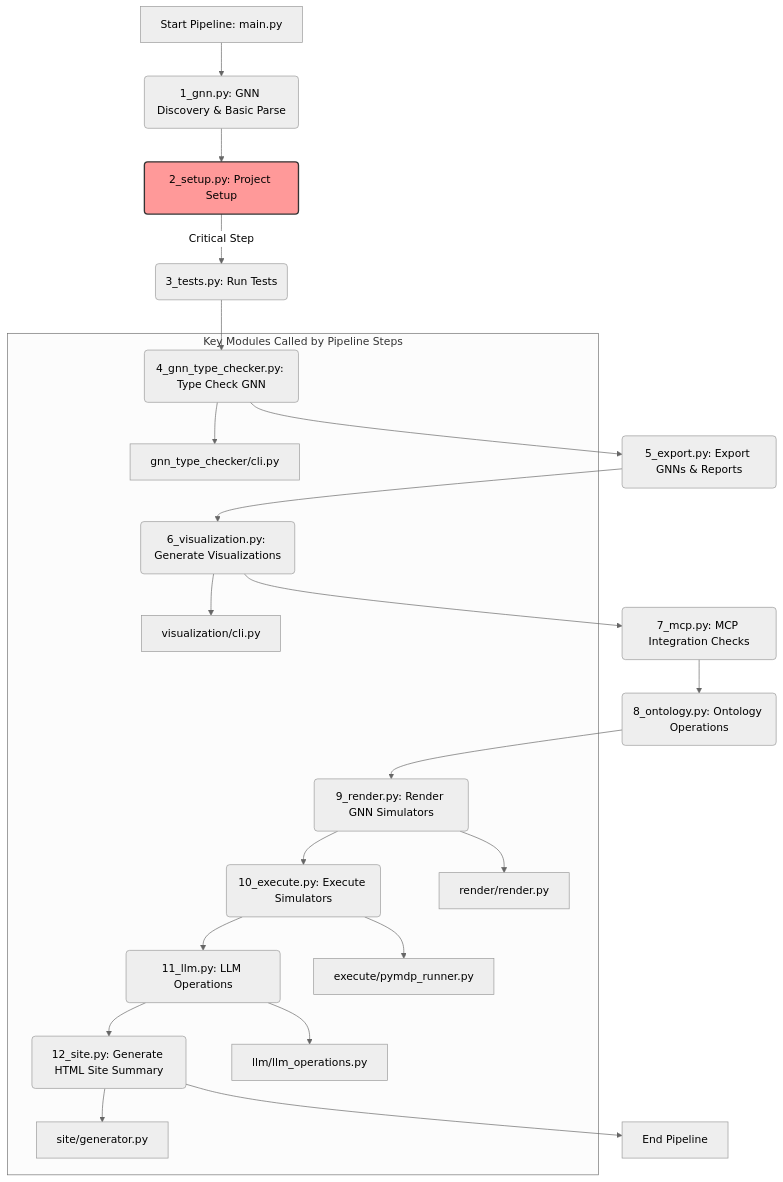
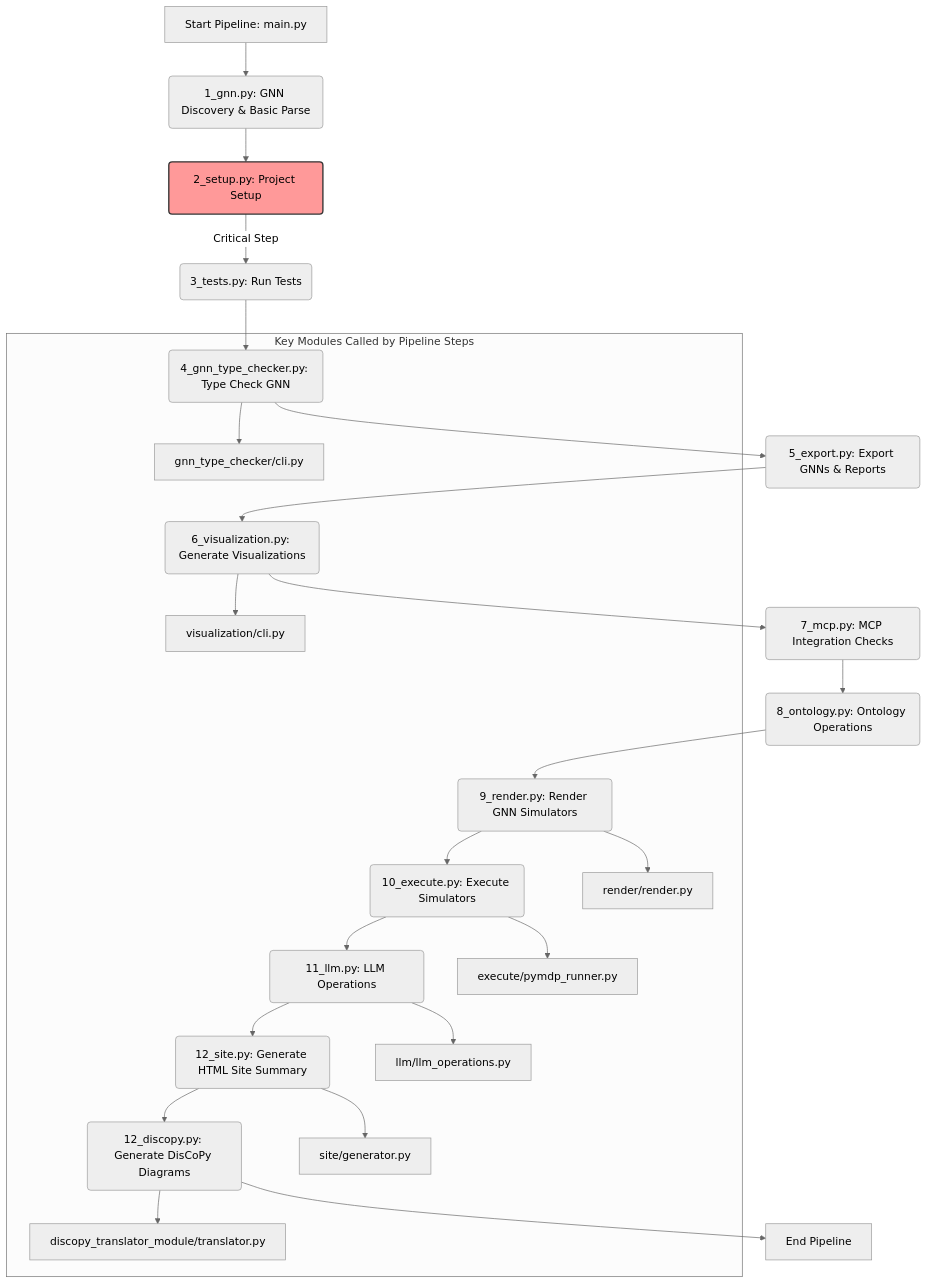
The diagram in src/README.md (ActiveInferenceInstitute/GeneralizedNotationNotation), drawn with Mermaid (neutral theme) before and after one commit. The commit also changed other lines of this file and 100 other files, not shown here.

````diff
--- a/src/README.md
+++ b/src/README.md
@@ -20,27 +20,29 @@
 ```mermaid
 graph TD
     A[Start Pipeline: main.py] --> B(1_gnn.py: GNN Discovery & Basic Parse);
     B --> C(2_setup.py: Project Setup);
     C -- Critical Step --> D(3_tests.py: Run Tests);
     D --> E(4_gnn_type_checker.py: Type Check GNN);
     E --> F(5_export.py: Export GNNs & Reports);
     F --> G(6_visualization.py: Generate Visualizations);
     G --> H(7_mcp.py: MCP Integration Checks);
     H --> I(8_ontology.py: Ontology Operations);
     I --> J(9_render.py: Render GNN Simulators);
     J --> K(10_execute.py: Execute Simulators);
     K --> L(11_llm.py: LLM Operations);
     L --> M(12_site.py: Generate HTML Site Summary);
-    M --> Z[End Pipeline];
+    M --> N(12_discopy.py: Generate DisCoPy Diagrams);
+    N --> Z[End Pipeline];
 
     subgraph Key Modules Called by Pipeline Steps
         E --> E1[gnn_type_checker/cli.py];
         G --> G1[visualization/cli.py];
         J --> J1[render/render.py];
         K --> K1[execute/pymdp_runner.py];
         L --> L1[llm/llm_operations.py];
         M --> M1[site/generator.py];
+        N --> N1[discopy_translator_module/translator.py];
     end
 
     style C fill:#f99,stroke:#333,stroke-width:2px;
 ```
````
